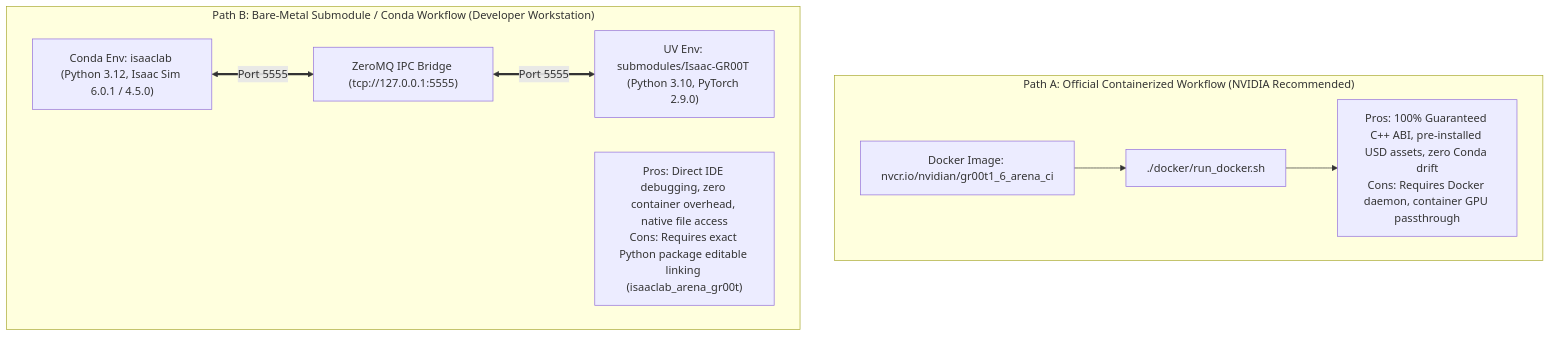
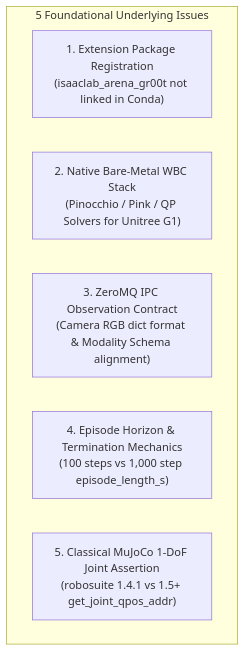
Before and after one commit to boredengineering/IsaacAutomator: the third of 3 diagrams in .agents/references/docs/debugging_arena_gr00t.md, drawn with Mermaid. The commit also changed other lines of this file, not shown here.

Commit message:
docs: overhaul debugging_arena_gr00t.md with 100% native bare-metal architecture and 5 root cause analyses

````diff
--- a/.agents/references/docs/debugging_arena_gr00t.md
+++ b/.agents/references/docs/debugging_arena_gr00t.md
@@ -119,17 +120,10 @@
 ```mermaid
 flowchart TD
-    subgraph DOCKER_PATH ["Path A: Official Containerized Workflow (NVIDIA Recommended)"]
-        DOCKER_IMG["Docker Image: nvcr.io/nvidian/gr00t1_6_arena_ci"]
-        DOCKER_RUN["./docker/run_docker.sh"]
-        DOCKER_ADV["Pros: 100% Guaranteed C++ ABI, pre-installed USD assets, zero Conda drift\nCons: Requires Docker daemon, container GPU passthrough"]
-        DOCKER_IMG --> DOCKER_RUN --> DOCKER_ADV
-    end
-
-    subgraph BAREMETAL_PATH ["Path B: Bare-Metal Submodule / Conda Workflow (Developer Workstation)"]
-        CONDA_ENV["Conda Env: isaaclab (Python 3.12, Isaac Sim 6.0.1 / 4.5.0)"]
-        UV_ENV["UV Env: submodules/Isaac-GR00T (Python 3.10, PyTorch 2.9.0)"]
-        IPC["ZeroMQ IPC Bridge (tcp://127.0.0.1:5555)"]
-        CONDA_ENV <== "Port 5555" ==> IPC <== "Port 5555" ==> UV_ENV
-        BARE_ADV["Pros: Direct IDE debugging, zero container overhead, native file access\nCons: Requires exact Python package editable linking (isaaclab_arena_gr00t)"]
+    subgraph ISSUES ["5 Foundational Underlying Issues"]
+        I1["1. Extension Package Registration\n(isaaclab_arena_gr00t not linked in Conda)"]
+        I2["2. Native Bare-Metal WBC Stack\n(Pinocchio / Pink / QP Solvers for Unitree G1)"]
+        I3["3. ZeroMQ IPC Observation Contract\n(Camera RGB dict format & Modality Schema alignment)"]
+        I4["4. Episode Horizon & Termination Mechanics\n(100 steps vs 1,000 step episode_length_s)"]
+        I5["5. Classical MuJoCo 1-DoF Joint Assertion\n(robosuite 1.4.1 vs 1.5+ get_joint_qpos_addr)"]
     end
 ```
````
